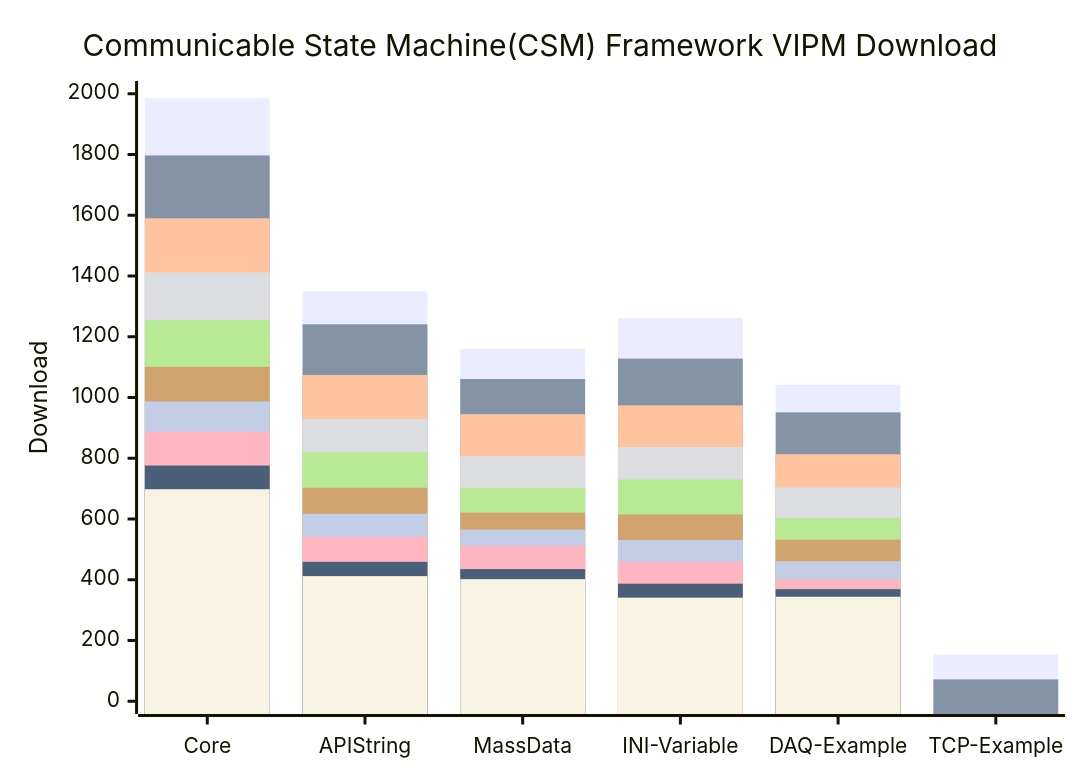
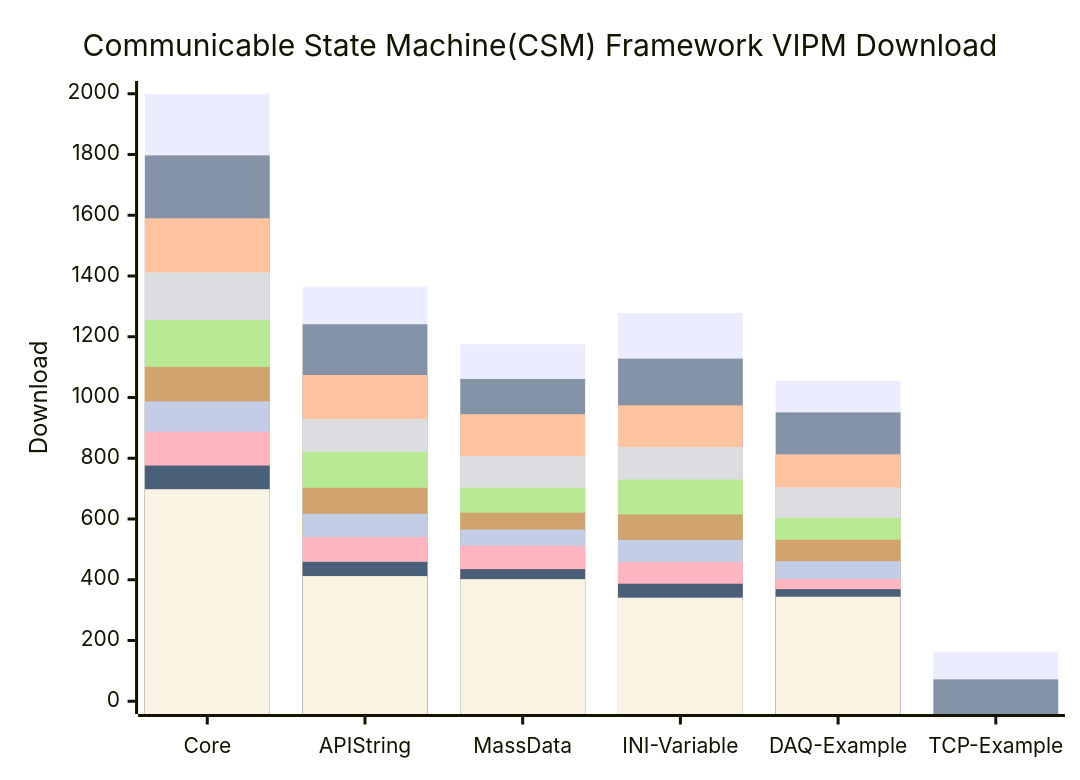
Before and after one commit to NEVSTOP-LAB/.github: the diagram in profile/README.md, drawn with Mermaid.

````diff
--- a/profile/README.md
+++ b/profile/README.md
@@ -31,16 +31,16 @@
 ```mermaid
     xychart-beta
     title "Communicable State Machine(CSM) Framework VIPM Download"
     x-axis [Core, API String, MassData, INI-Variable, DAQ-Example, TCP-Example]
     y-axis "Download" 0 --> 2000
-    bar   [1985, 1349, 1160, 1262, 1042, 154]
+    bar   [2000, 1364, 1175, 1278, 1055, 163]
     bar   [1797, 1241, 1061, 1128, 951, 72]
     bar   [1590, 1074, 945, 974, 813]
     bar   [1412, 929, 807, 837, 704]
     bar   [1255, 821, 703, 730, 604]
     bar   [1101, 703, 621, 615, 532]
     bar   [987, 617, 565, 531, 461]
     bar   [887, 541, 512, 459, 402]
     bar   [776, 459, 435, 387, 369]
     bar   [698, 412, 402, 341, 344]
 ```
````
